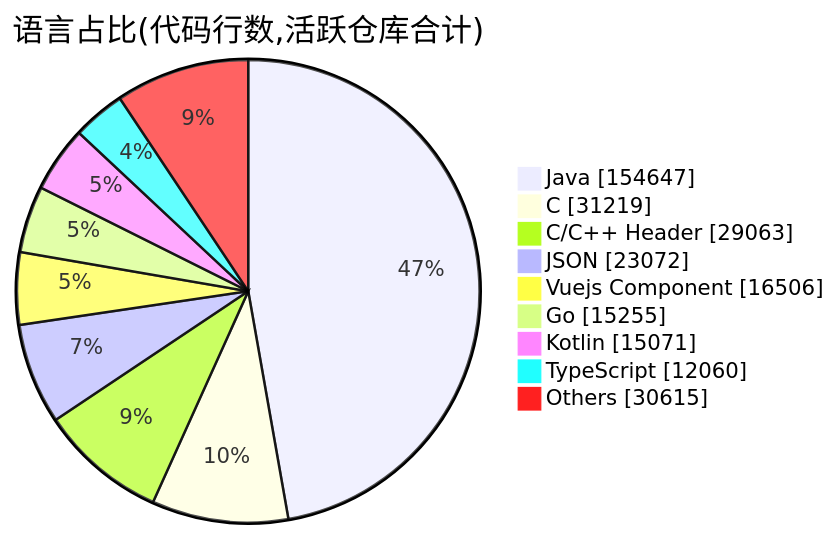
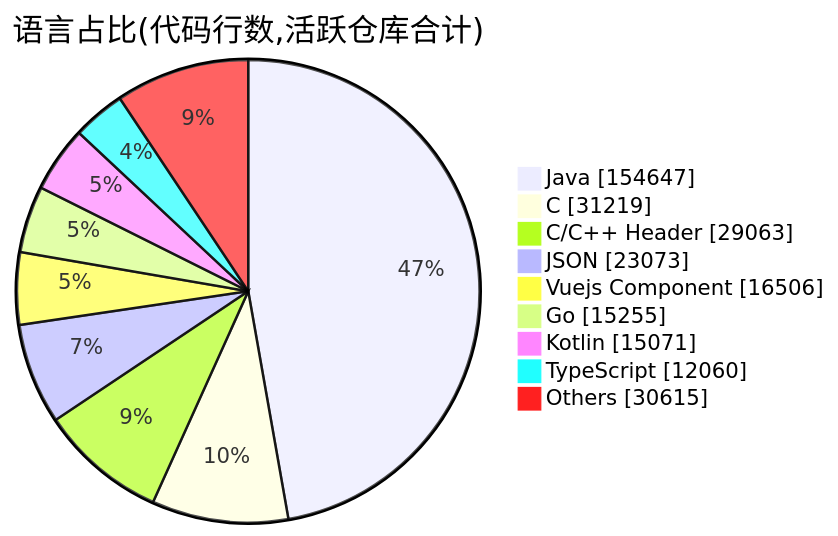
One commit to Conflux-Union/.github changed the second of 2 diagrams in profile/README.md. Above: the diagram before and after it, drawn with Mermaid. The commit also changed other lines of this file and 1 other file, not shown here.

````diff
--- a/profile/README.md
+++ b/profile/README.md
@@ -78,13 +78,13 @@
 ```mermaid
 pie showData
     title 语言占比(代码行数,活跃仓库合计)
     "Java" : 154647
     "C" : 31219
     "C/C++ Header" : 29063
-    "JSON" : 23072
+    "JSON" : 23073
     "Vuejs Component" : 16506
     "Go" : 15255
     "Kotlin" : 15071
     "TypeScript" : 12060
     "Others" : 30615
 ```
````
